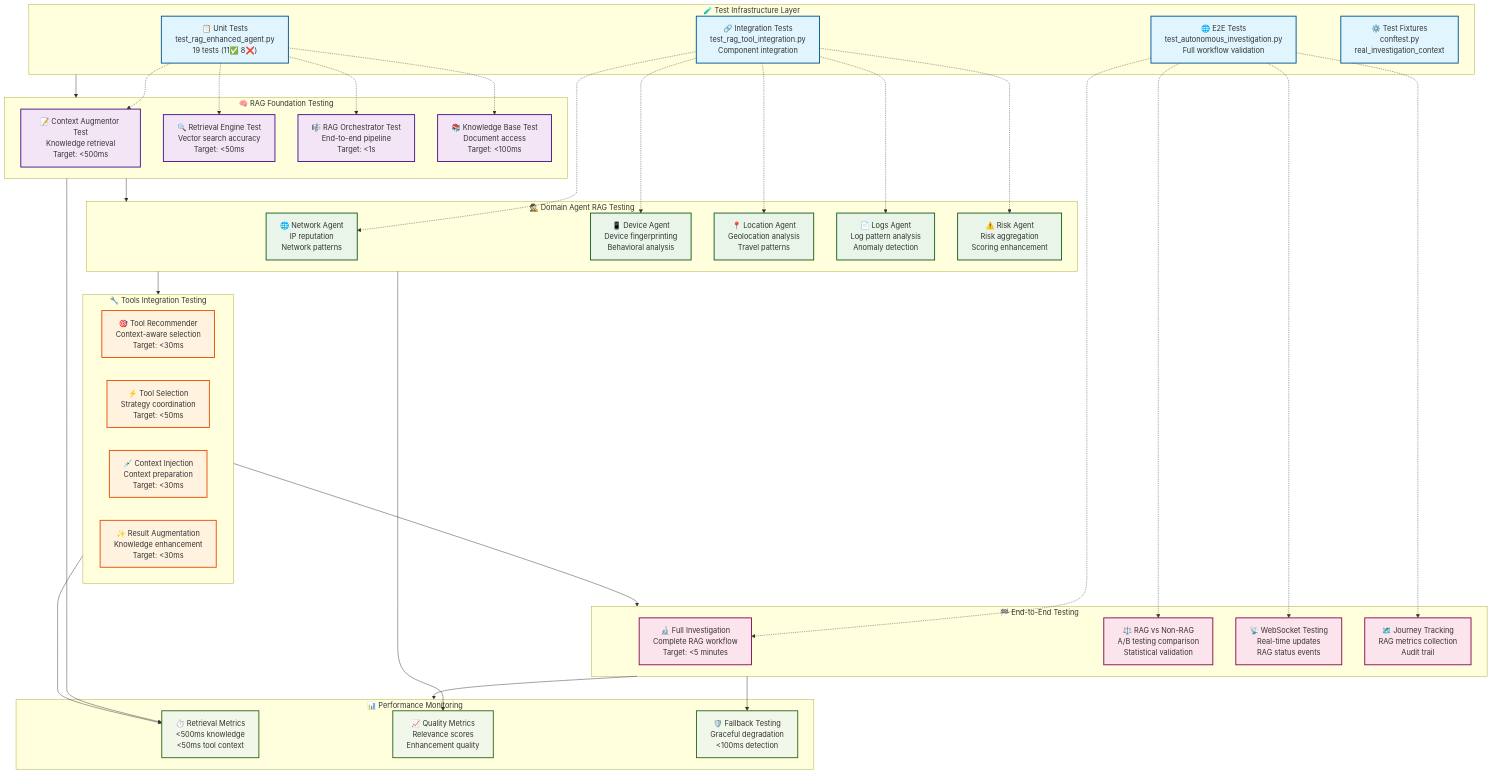
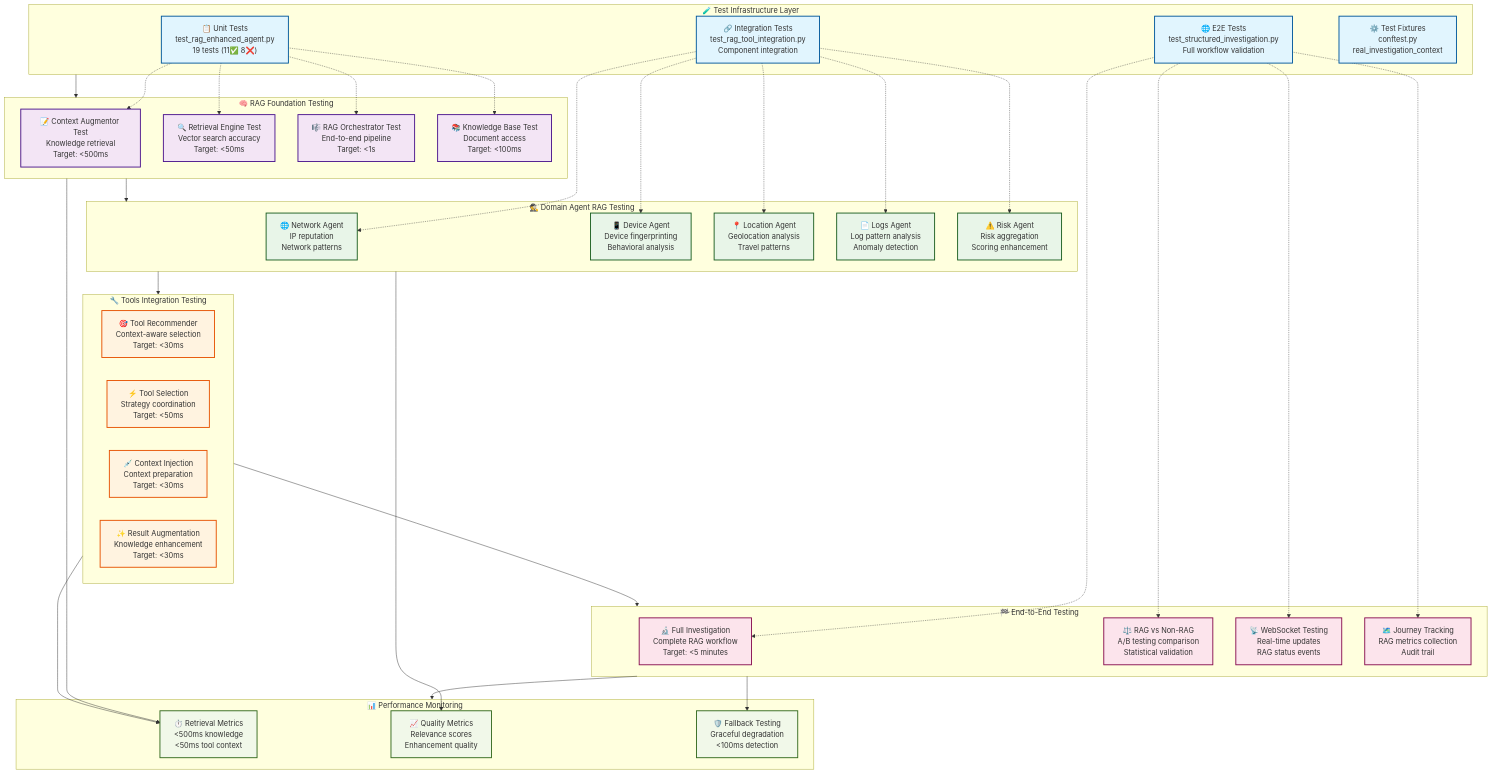
The first of 4 diagrams in docs/diagrams/rag-testing-validation-architecture-2025-01-04.md (Olorin-ai-git/Bayit-Plus), drawn with Mermaid before and after one commit. The commit also changed 703 other files, not shown here.

```diff
--- a/docs/diagrams/rag-testing-validation-architecture-2025-01-04.md
+++ b/docs/diagrams/rag-testing-validation-architecture-2025-01-04.md
@@ -12,7 +12,7 @@
     subgraph TestInfra["🧪 Test Infrastructure Layer"]
         UnitTests["📋 Unit Tests<br/>test_rag_enhanced_agent.py<br/>19 tests (11✅ 8❌)"]
         IntegrationTests["🔗 Integration Tests<br/>test_rag_tool_integration.py<br/>Component integration"]
-        E2ETests["🌐 E2E Tests<br/>test_autonomous_investigation.py<br/>Full workflow validation"]
+        E2ETests["🌐 E2E Tests<br/>test_structured_investigation.py<br/>Full workflow validation"]
         Fixtures["⚙️ Test Fixtures<br/>conftest.py<br/>real_investigation_context"]
     end
 
```
